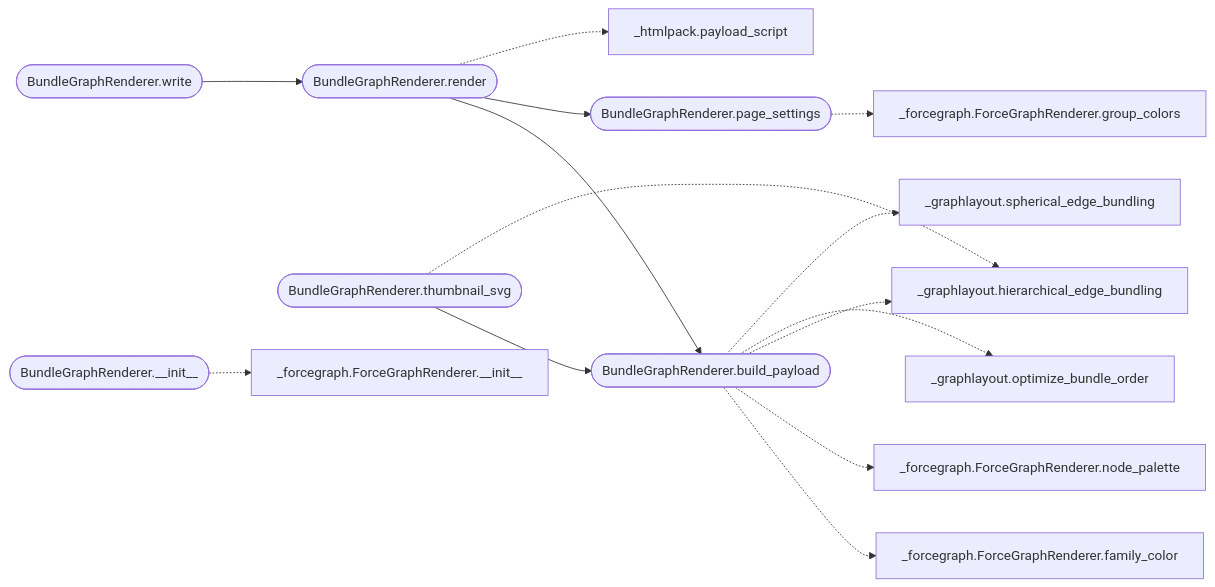
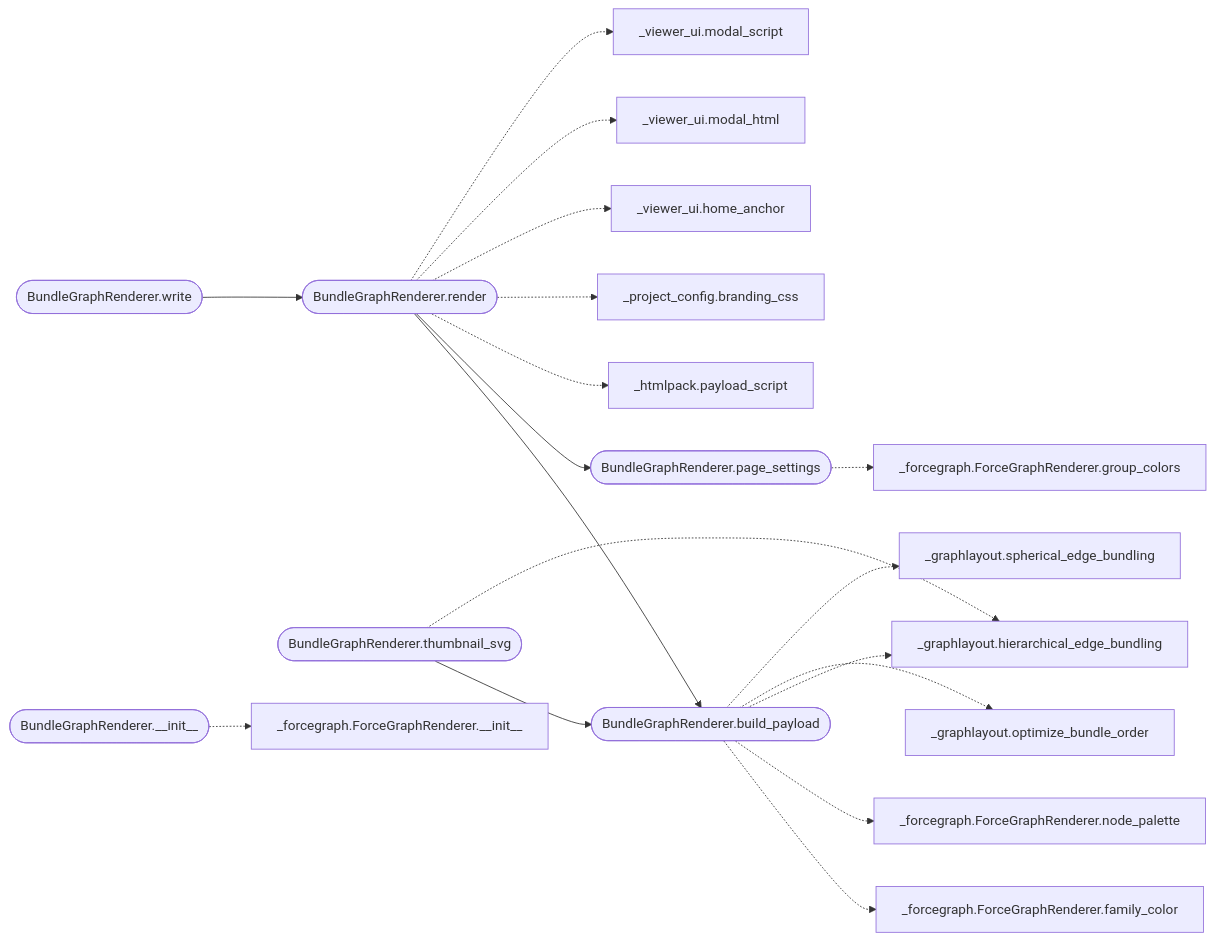
One commit to grisuno/ReadMenator changed the diagram in readmenator-apidocs/modules/readmenator._bundlegraph.py.md. Above: the diagram before and after it, drawn with Mermaid. The commit also changed other lines of this file and 334 other files, not shown here.

````diff
--- a/readmenator-apidocs/modules/readmenator._bundlegraph.py.md
+++ b/readmenator-apidocs/modules/readmenator._bundlegraph.py.md
@@ -25,30 +25,38 @@
 ```mermaid
 flowchart LR
     n_readmenator__bundlegraph_py__BundleGraphRenderer_render(["BundleGraphRenderer.render"])
     n_readmenator__bundlegraph_py__BundleGraphRenderer_build_payload(["BundleGraphRenderer.build_payload"])
     n_readmenator__bundlegraph_py__BundleGraphRenderer_page_settings(["BundleGraphRenderer.page_settings"])
     n_readmenator__bundlegraph_py__BundleGraphRenderer_write(["BundleGraphRenderer.write"])
     n_readmenator__bundlegraph_py__BundleGraphRenderer_thumbnail_svg(["BundleGraphRenderer.thumbnail_svg"])
     n_readmenator__bundlegraph_py__BundleGraphRenderer___init__(["BundleGraphRenderer.__init__"])
     n_readmenator__forcegraph_py__ForceGraphRenderer___init__["_forcegraph.ForceGraphRenderer.__init__"]
     n_readmenator__forcegraph_py__ForceGraphRenderer_family_color["_forcegraph.ForceGraphRenderer.family_color"]
     n_readmenator__forcegraph_py__ForceGraphRenderer_node_palette["_forcegraph.ForceGraphRenderer.node_palette"]
     n_readmenator__graphlayout_py__hierarchical_edge_bundling["_graphlayout.hierarchical_edge_bundling"]
     n_readmenator__graphlayout_py__optimize_bundle_order["_graphlayout.optimize_bundle_order"]
     n_readmenator__graphlayout_py__spherical_edge_bundling["_graphlayout.spherical_edge_bundling"]
     n_readmenator__forcegraph_py__ForceGraphRenderer_group_colors["_forcegraph.ForceGraphRenderer.group_colors"]
     n_readmenator__htmlpack_py__payload_script["_htmlpack.payload_script"]
+    n_readmenator__project_config_py__branding_css["_project_config.branding_css"]
+    n_readmenator__viewer_ui_py__home_anchor["_viewer_ui.home_anchor"]
+    n_readmenator__viewer_ui_py__modal_html["_viewer_ui.modal_html"]
+    n_readmenator__viewer_ui_py__modal_script["_viewer_ui.modal_script"]
     n_readmenator__bundlegraph_py__BundleGraphRenderer_render --> n_readmenator__bundlegraph_py__BundleGraphRenderer_build_payload
     n_readmenator__bundlegraph_py__BundleGraphRenderer_render --> n_readmenator__bundlegraph_py__BundleGraphRenderer_page_settings
     n_readmenator__bundlegraph_py__BundleGraphRenderer_write --> n_readmenator__bundlegraph_py__BundleGraphRenderer_render
     n_readmenator__bundlegraph_py__BundleGraphRenderer_thumbnail_svg --> n_readmenator__bundlegraph_py__BundleGraphRenderer_build_payload
     n_readmenator__bundlegraph_py__BundleGraphRenderer___init__ -.-> n_readmenator__forcegraph_py__ForceGraphRenderer___init__
     n_readmenator__bundlegraph_py__BundleGraphRenderer_build_payload -.-> n_readmenator__forcegraph_py__ForceGraphRenderer_family_color
     n_readmenator__bundlegraph_py__BundleGraphRenderer_build_payload -.-> n_readmenator__forcegraph_py__ForceGraphRenderer_node_palette
     n_readmenator__bundlegraph_py__BundleGraphRenderer_build_payload -.-> n_readmenator__graphlayout_py__hierarchical_edge_bundling
     n_readmenator__bundlegraph_py__BundleGraphRenderer_build_payload -.-> n_readmenator__graphlayout_py__optimize_bundle_order
     n_readmenator__bundlegraph_py__BundleGraphRenderer_build_payload -.-> n_readmenator__graphlayout_py__spherical_edge_bundling
     n_readmenator__bundlegraph_py__BundleGraphRenderer_page_settings -.-> n_readmenator__forcegraph_py__ForceGraphRenderer_group_colors
     n_readmenator__bundlegraph_py__BundleGraphRenderer_render -.-> n_readmenator__htmlpack_py__payload_script
+    n_readmenator__bundlegraph_py__BundleGraphRenderer_render -.-> n_readmenator__project_config_py__branding_css
+    n_readmenator__bundlegraph_py__BundleGraphRenderer_render -.-> n_readmenator__viewer_ui_py__home_anchor
+    n_readmenator__bundlegraph_py__BundleGraphRenderer_render -.-> n_readmenator__viewer_ui_py__modal_html
+    n_readmenator__bundlegraph_py__BundleGraphRenderer_render -.-> n_readmenator__viewer_ui_py__modal_script
     n_readmenator__bundlegraph_py__BundleGraphRenderer_thumbnail_svg -.-> n_readmenator__graphlayout_py__hierarchical_edge_bundling
 ```
````
